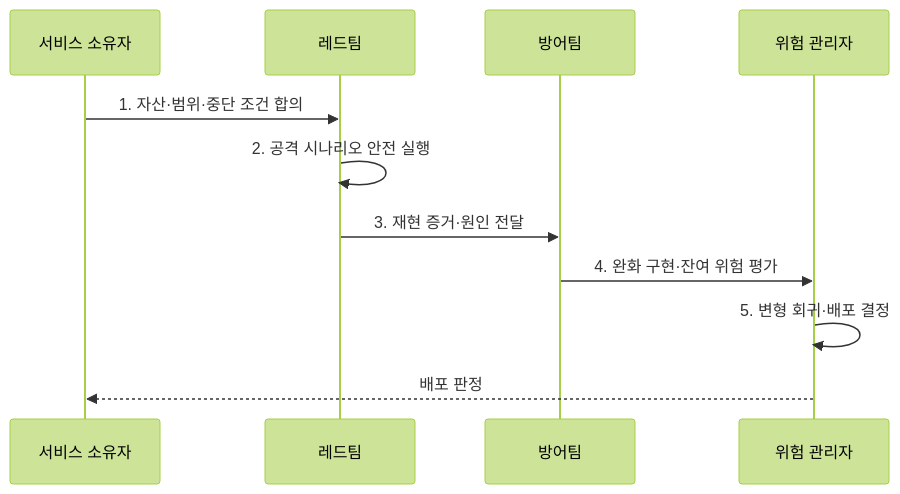
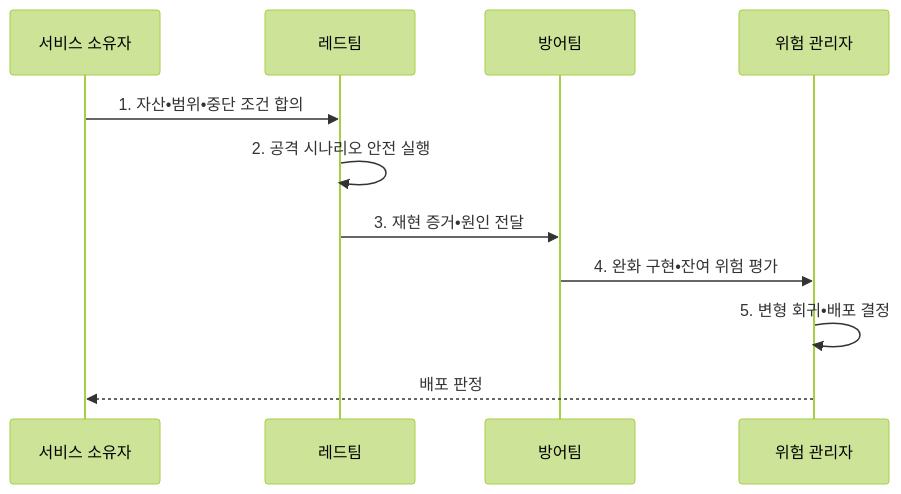
Before and after one commit to agnusdei1207/knowledge-base: the second of 2 diagrams in src/content/docs/notes/05-security/089_ai_red_teaming.md, drawn with Mermaid (forest theme). The commit also changed other lines of this file and 953 other files, not shown here.

````diff
--- a/src/content/docs/notes/05-security/089_ai_red_teaming.md
+++ b/src/content/docs/notes/05-security/089_ai_red_teaming.md
@@ -98,13 +98,13 @@
 ```mermaid
 sequenceDiagram
     participant O as 서비스 소유자
     participant R as 레드팀
     participant D as 방어팀
     participant G as 위험 관리자
-    O->>R: 1. 자산·범위·중단 조건 합의
+    O->>R: 1. 자산•범위•중단 조건 합의
     R->>R: 2. 공격 시나리오 안전 실행
-    R->>D: 3. 재현 증거·원인 전달
-    D->>G: 4. 완화 구현·잔여 위험 평가
-    G->>G: 5. 변형 회귀·배포 결정
+    R->>D: 3. 재현 증거•원인 전달
+    D->>G: 4. 완화 구현•잔여 위험 평가
+    G->>G: 5. 변형 회귀•배포 결정
     G-->>O: 배포 판정
 ```
````
